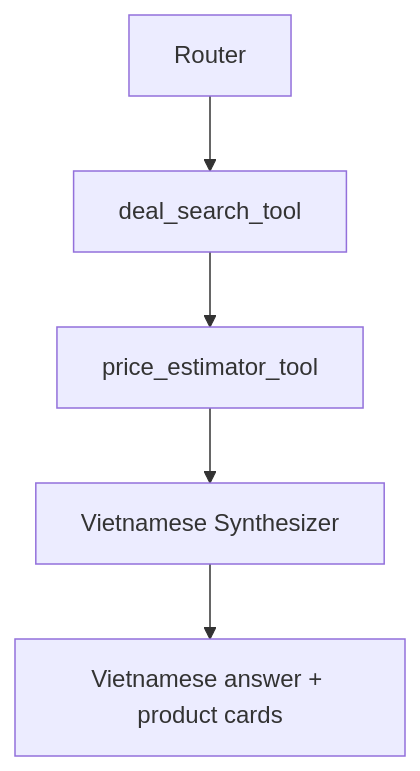
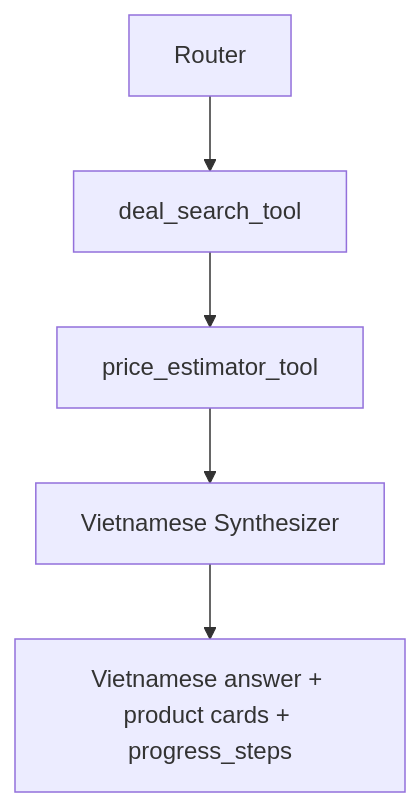
Before and after one commit to Sunny-sunnyy/DACN3: the fourth of 5 diagrams in shopping_assistant_v3/gameplan.md, drawn with Mermaid. The commit also changed other lines of this file and 9 other files, not shown here.

````diff
--- a/shopping_assistant_v3/gameplan.md
+++ b/shopping_assistant_v3/gameplan.md
@@ -252,7 +266,7 @@
 ```mermaid
 flowchart TD
     Router[Router] --> Search[deal_search_tool]
     Search --> Pricing[price_estimator_tool]
     Pricing --> Synth[Vietnamese Synthesizer]
-    Synth --> Answer[Vietnamese answer + product cards]
+    Synth --> Answer[Vietnamese answer + product cards + progress_steps]
 ```
````
